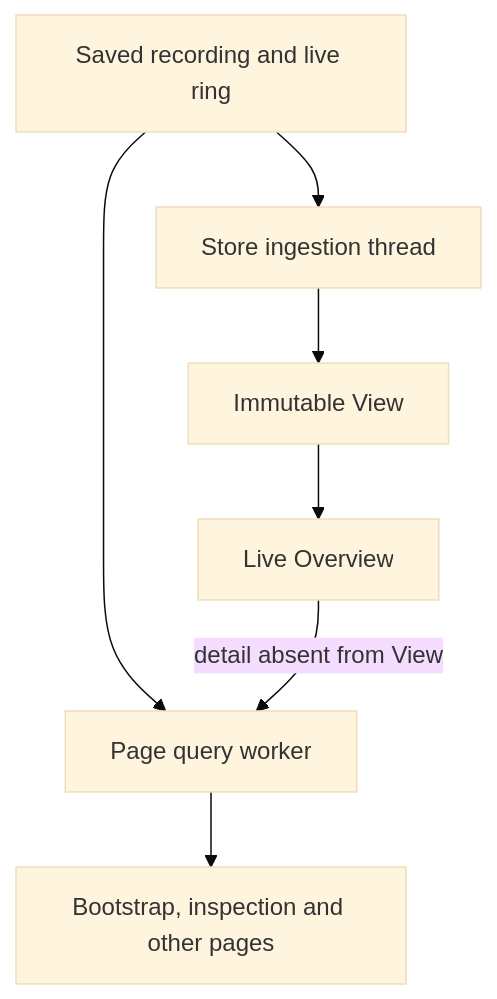
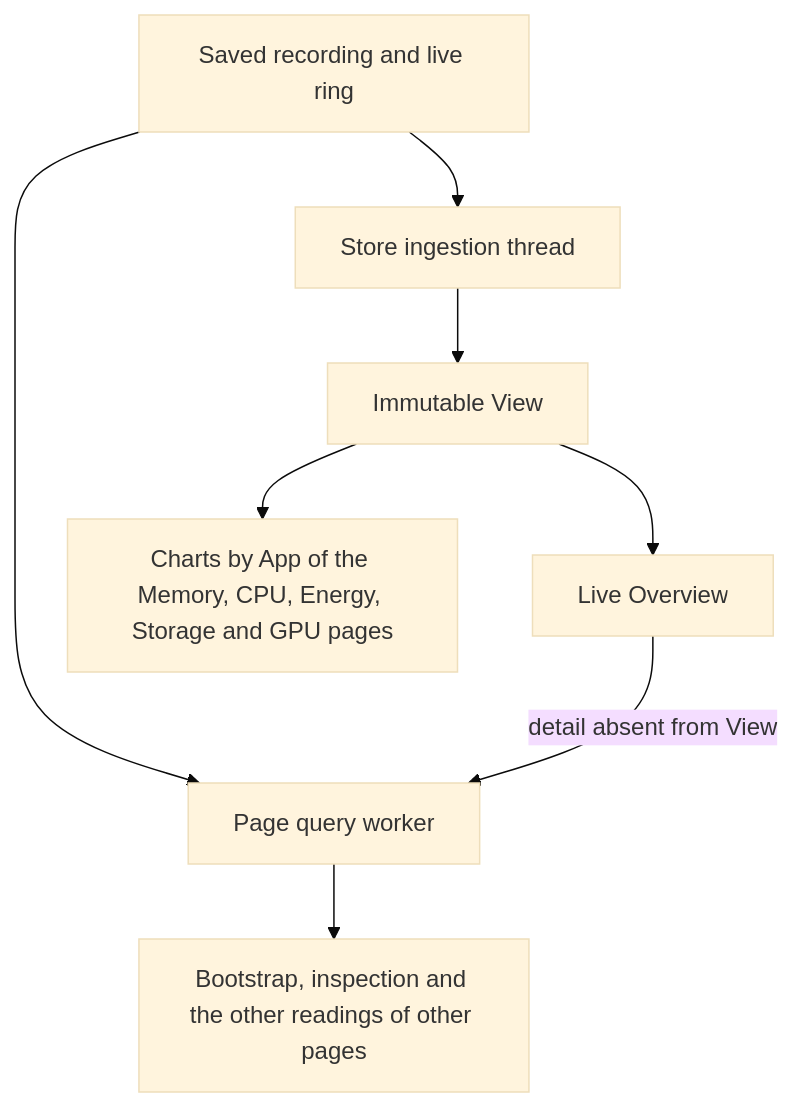
Before and after one commit to joaofnds/flightdeck: the second of 3 diagrams in docs/architecture.md, drawn with Mermaid (base theme). The commit also changed other lines of this file and 2 other files, not shown here.

First line of the commit message:
describe which pages draw from the Store's View and what a held second keeps

````diff
--- a/docs/architecture.md
+++ b/docs/architecture.md
@@ -97,9 +98,10 @@
 ```mermaid
 flowchart TD
     Sources[Saved recording and live ring] --> Store[Store ingestion thread]
     Sources --> Worker[Page query worker]
     Store --> View[Immutable View]
     View --> Overview[Live Overview]
-    Worker --> Pages[Bootstrap, inspection and other pages]
+    View --> AppCharts[Charts by App of the Memory, CPU, Energy, Storage and GPU pages]
+    Worker --> Pages[Bootstrap, inspection and the other readings of other pages]
     Overview -->|detail absent from View| Worker
 ```
````
